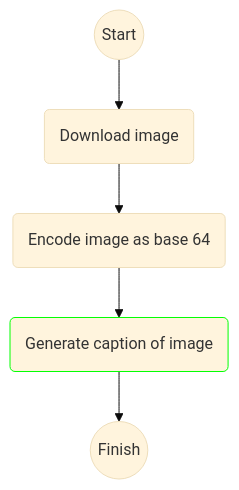
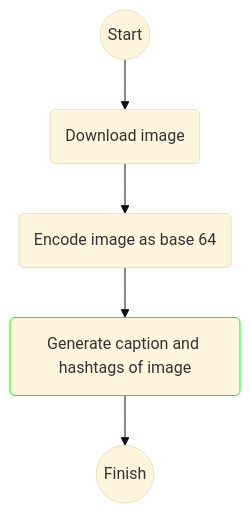
One commit to yaoxinmeng/recommender changed the third of 3 diagrams in README.md. Above: the diagram before and after it, drawn with Mermaid (base theme). The commit also changed other lines of this file and 1 other file, not shown here.

````diff
--- a/README.md
+++ b/README.md
@@ -60,9 +60,10 @@
 ```mermaid
 graph TD;
   S((Start))-->A(Download image)
   A-->B(Encode image as base 64)
-  B-->C(Generate caption of image)
-  C-->D((Finish))
+  B-->C(Generate caption and hashtags of image)
+  C-->E((Finish))
 
-  style C stroke:#0f0
+  classDef llm stroke:#0f0;
+  class C llm;
 ```
````
